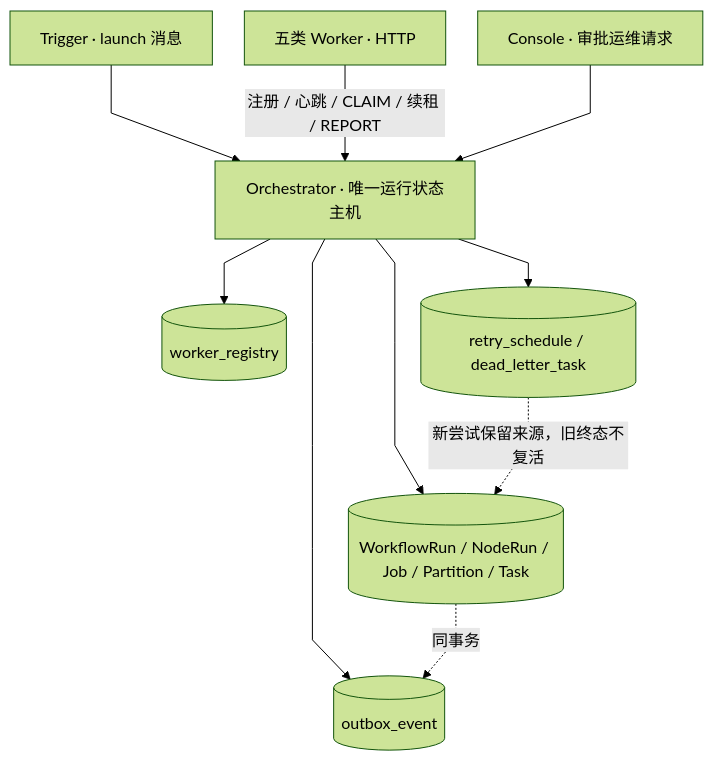
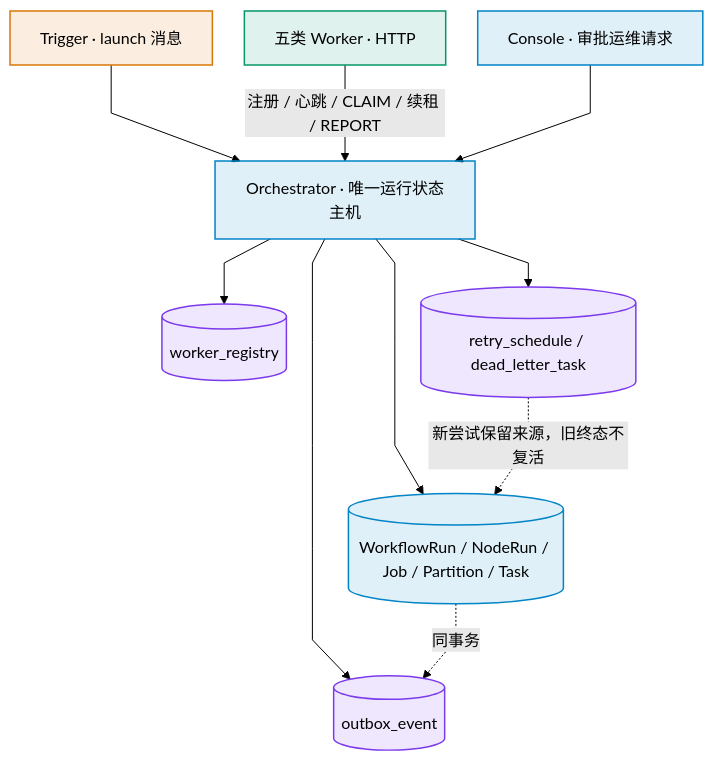
The second of 2 diagrams in docs/architecture/runtime-module-communication.md (pinpols/file-batch-system), drawn with Mermaid (forest theme) before and after one commit. The commit also changed 34 other files, not shown here.

First line of the commit message:
docs(diagram): 完成 P3 Mermaid 图样式收口并补充制图规范 (#1390)

````diff
--- a/docs/architecture/runtime-module-communication.md
+++ b/docs/architecture/runtime-module-communication.md
@@ -56,13 +56,18 @@
 ```mermaid
 %%{init: {"flowchart":{"curve":"linear","nodeSpacing":32,"rankSpacing":48},"sequence":{"mirrorActors":false}}}%%
 flowchart TB
-  T["Trigger · launch 消息"] --> O["Orchestrator · 唯一运行状态主机"]
-  W["五类 Worker · HTTP"] -->|"注册 / 心跳 / CLAIM / 续租 / REPORT"| O
-  C["Console · 审批运维请求"] --> O
-  O --> L[("WorkflowRun / NodeRun / Job / Partition / Task")]
-  O --> R[("worker_registry")]
-  O --> E[("retry_schedule / dead_letter_task")]
-  O --> TX[("outbox_event")]
+  T["Trigger · launch 消息"]:::mq --> O["Orchestrator · 唯一运行状态主机"]:::control
+  W["五类 Worker · HTTP"]:::worker -->|"注册 / 心跳 / CLAIM / 续租 / REPORT"| O
+  C["Console · 审批运维请求"]:::control --> O
+  O --> L[("WorkflowRun / NodeRun / Job / Partition / Task")]:::control
+  O --> R[("worker_registry")]:::store
+  O --> E[("retry_schedule / dead_letter_task")]:::store
+  O --> TX[("outbox_event")]:::store
   E -. "新尝试保留来源，旧终态不复活" .-> L
   L -. "同事务" .-> TX
+
+  classDef control fill:#0284c71f,stroke:#0284c7,stroke-width:1.5px
+  classDef mq fill:#d977061f,stroke:#d97706,stroke-width:1.5px
+  classDef worker fill:#0596691f,stroke:#059669,stroke-width:1.5px
+  classDef store fill:#7c3aed1f,stroke:#7c3aed,stroke-width:1.5px
 ```
````
